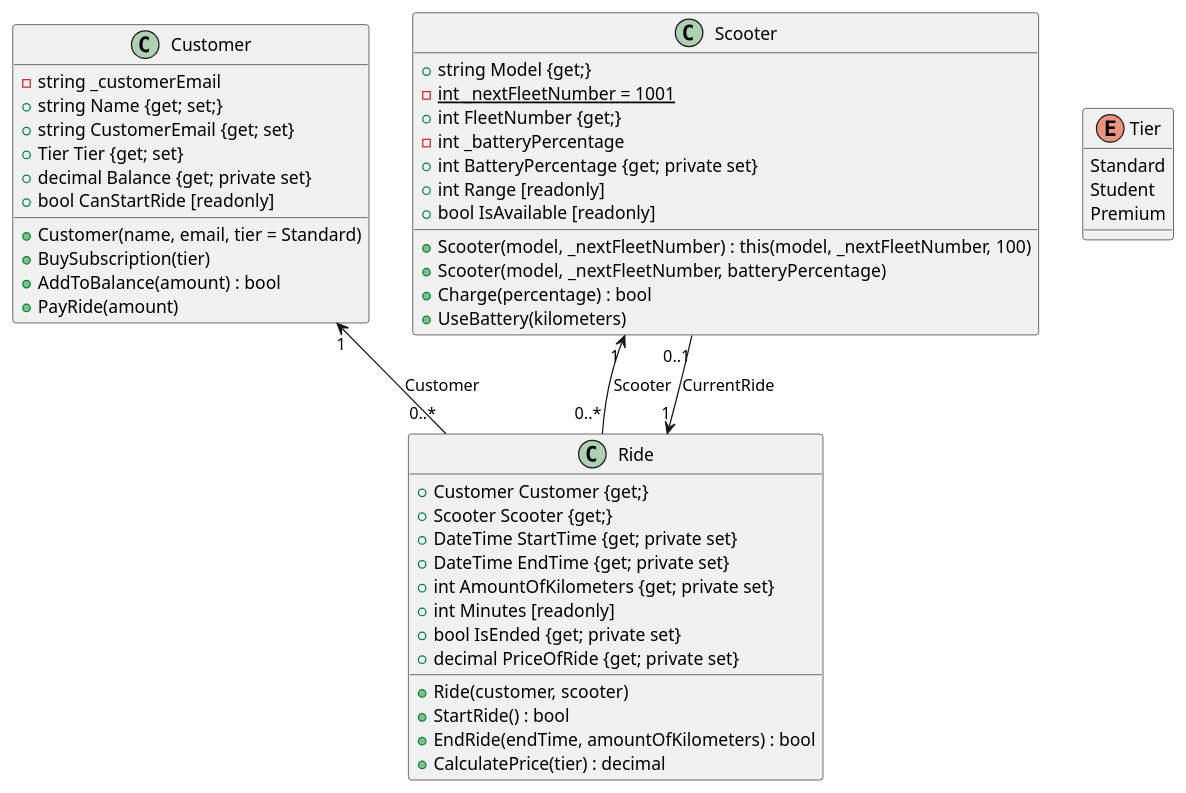
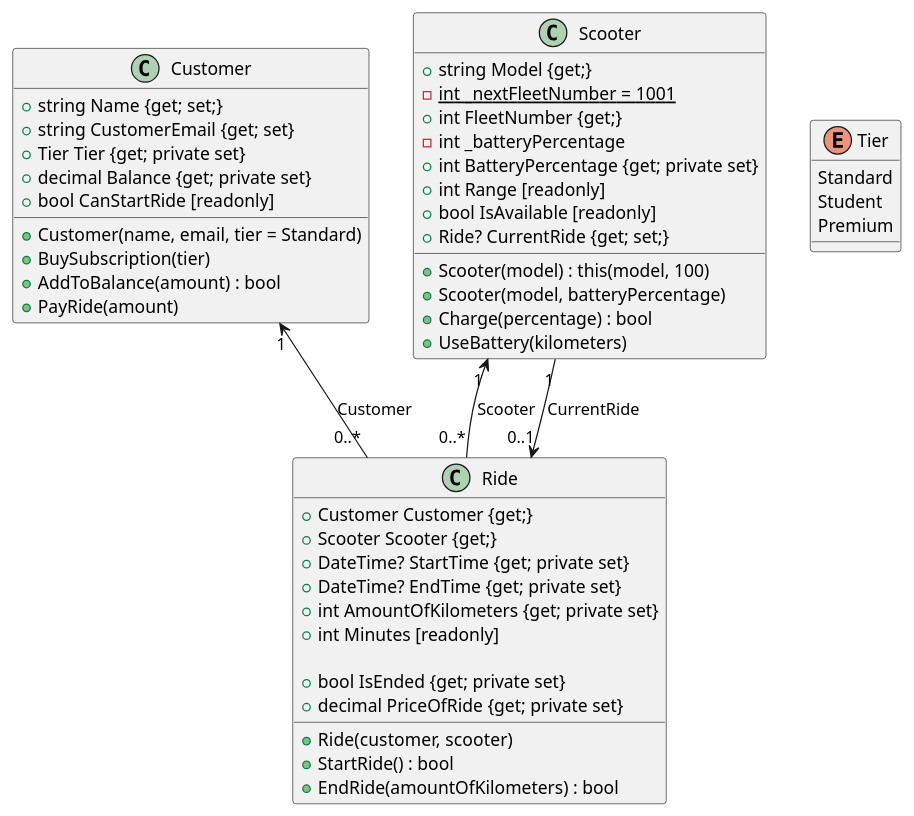
Before and after one commit to Anika-Pargfrieder/Scooter_Sharing: the diagram in model.puml, drawn with PlantUML.

Commit message:
Refactor Customer and Ride class properties

```diff
--- a/model.puml
+++ b/model.puml
@@ -4,58 +4,58 @@
 @startuml
 
 class Customer {
-    -string _customerEmail
     +string Name {get; set;}
     +string CustomerEmail {get; set}
-    +Tier Tier {get; set}
+    +Tier Tier {get; private set}
     +decimal Balance {get; private set}
     +bool CanStartRide [readonly]
 
     +Customer(name, email, tier = Standard)
     +BuySubscription(tier)
     +AddToBalance(amount) : bool
     +PayRide(amount)
 }
 
 class Scooter {
     +string Model {get;}
     {static} -int _nextFleetNumber = 1001
     +int FleetNumber {get;}
     -int _batteryPercentage
     +int BatteryPercentage {get; private set}
     +int Range [readonly]
     +bool IsAvailable [readonly]
++Ride? CurrentRide {get; set;}
 
-    +Scooter(model, _nextFleetNumber) : this(model, _nextFleetNumber, 100)
-    +Scooter(model, _nextFleetNumber, batteryPercentage)
+    +Scooter(model) : this(model, 100)
+    +Scooter(model, batteryPercentage)
     +Charge(percentage) : bool
     +UseBattery(kilometers)
 }
 
 class Ride {
     +Customer Customer {get;}
     +Scooter Scooter {get;}
-    +DateTime StartTime {get; private set}
-    +DateTime EndTime {get; private set}
+    +DateTime? StartTime {get; private set}
+    +DateTime? EndTime {get; private set}
     +int AmountOfKilometers {get; private set}
     +int Minutes [readonly]
+
     +bool IsEnded {get; private set}
     +decimal PriceOfRide {get; private set}
 
     +Ride(customer, scooter)
     +StartRide() : bool
-    +EndRide(endTime, amountOfKilometers) : bool
-    +CalculatePrice(tier) : decimal
+    +EndRide(amountOfKilometers) : bool
 }
 
 enum Tier {
     Standard
     Student
     Premium
 }
 
 Customer "1" <-- "0..*" Ride : Customer
 Scooter "1" <-- "0..*" Ride : Scooter
-Scooter "0..1" --> "1" Ride : CurrentRide
+Scooter "1" --> "0..1" Ride : CurrentRide
 
 @enduml
```
